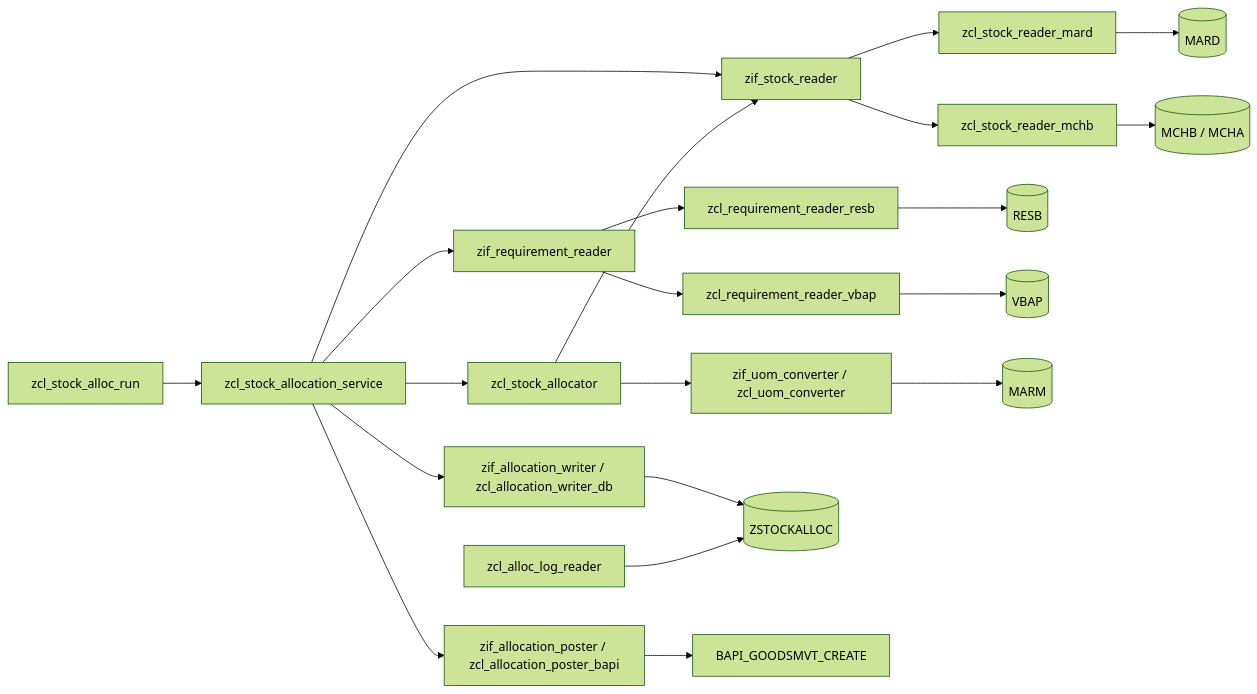
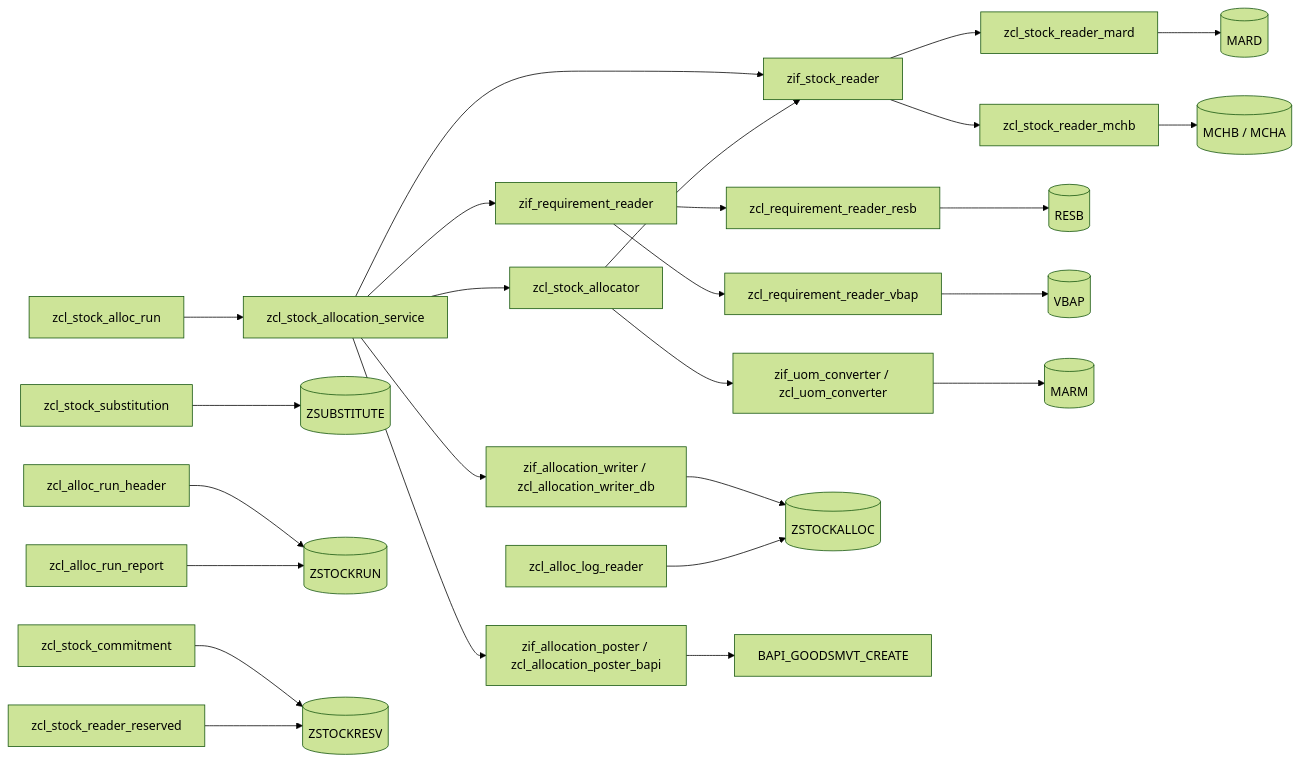
The diagram in README.md (larshp/stock-allocation-fun), drawn with Mermaid (forest theme) before and after one commit. The commit also changed other lines of this file and 22 other files, not shown here.

````diff
--- a/README.md
+++ b/README.md
@@ -37,37 +37,47 @@
 ```mermaid
 flowchart LR
   SVC[zcl_stock_allocation_service]
   SR[zif_stock_reader]
   SRM[zcl_stock_reader_mard]
   SRB[zcl_stock_reader_mchb]
   RR[zif_requirement_reader]
   RRS[zcl_requirement_reader_resb]
   RRV[zcl_requirement_reader_vbap]
   AL[zcl_stock_allocator]
   UC[zif_uom_converter / zcl_uom_converter]
   WR[zif_allocation_writer / zcl_allocation_writer_db]
   PO[zif_allocation_poster / zcl_allocation_poster_bapi]
   RUN[zcl_stock_alloc_run]
   LR[zcl_alloc_log_reader]
+  SUB[zcl_stock_substitution]
+  RH[zcl_alloc_run_header]
+  RRPT[zcl_alloc_run_report]
+  CMT[zcl_stock_commitment]
+  RSRV[zcl_stock_reader_reserved]
 
   RUN --> SVC
   SVC --> SR
   SVC --> RR
   SVC --> AL
   SVC --> WR
   SVC --> PO
   AL --> SR
   AL --> UC
   SR --> SRM
   SR --> SRB
   RR --> RRS
   RR --> RRV
   SRM --> MARD[(MARD)]
   SRB --> MCHB[(MCHB / MCHA)]
   RRS --> RESB[(RESB)]
   RRV --> VBAP[(VBAP)]
   UC --> MARM[(MARM)]
   WR --> LOG[(ZSTOCKALLOC)]
   LR --> LOG[(ZSTOCKALLOC)]
+  SUB --> ZSUB[(ZSUBSTITUTE)]
+  RH --> ZRUN[(ZSTOCKRUN)]
+  RRPT --> ZRUN[(ZSTOCKRUN)]
+  CMT --> RESV[(ZSTOCKRESV)]
+  RSRV --> RESV[(ZSTOCKRESV)]
   PO --> BAPI[BAPI_GOODSMVT_CREATE]
 ```
````
